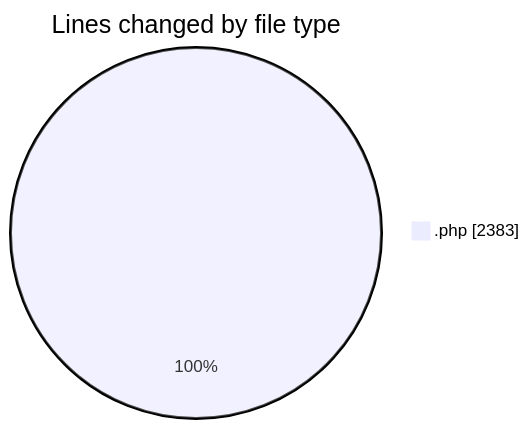
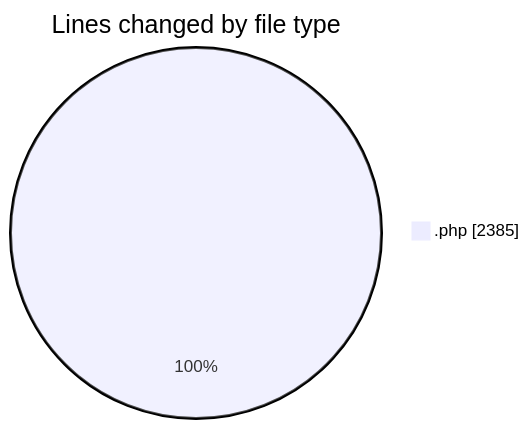
Before and after one commit to debugP/code-tracking: the first of 2 diagrams in 2025-10-08/untitled__workspace_/README.md, drawn with Mermaid. The commit also changed other lines of this file and 1 other file, not shown here.

````diff
--- a/2025-10-08/untitled__workspace_/README.md
+++ b/2025-10-08/untitled__workspace_/README.md
@@ -24,5 +24,5 @@
 ```mermaid
 pie showData
 title Lines changed by file type
-".php" : 2383
+".php" : 2385
 ```
````
